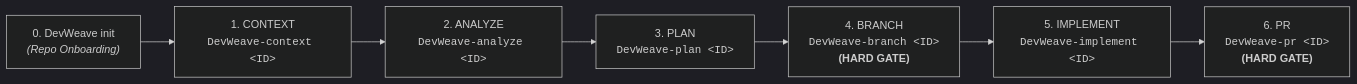
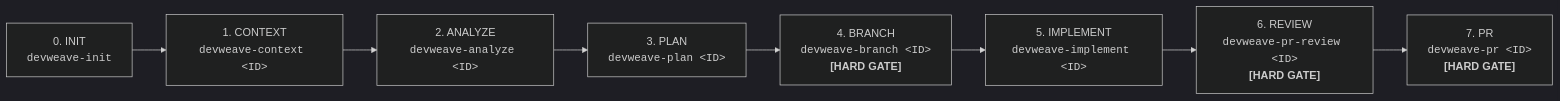
The diagram in docs/lifecycle.md (paarthivnaik/DevWeave), drawn with Mermaid (dark theme) before and after one commit. The commit also changed other lines of this file and 5 other files, not shown here.

Commit message:
feat(skills): introduce dedicated devweave-pr-review command with dual-model review and HITL checkpoint before PR creation

````diff
--- a/docs/lifecycle.md
+++ b/docs/lifecycle.md
@@ -11,9 +11,10 @@
 ```mermaid
 flowchart LR
-    INIT["0. DevWeave init<br><i>(Repo Onboarding)</i>"] --> P1["1. CONTEXT<br><code>DevWeave-context &lt;ID&gt;</code>"]
-    P1 --> P2["2. ANALYZE<br><code>DevWeave-analyze &lt;ID&gt;</code>"]
-    P2 --> P3["3. PLAN<br><code>DevWeave-plan &lt;ID&gt;</code>"]
-    P3 --> P4["4. BRANCH<br><code>DevWeave-branch &lt;ID&gt;</code><br><b>(HARD GATE)</b>"]
-    P4 --> P5["5. IMPLEMENT<br><code>DevWeave-implement &lt;ID&gt;</code>"]
-    P5 --> P6["6. PR<br><code>DevWeave-pr &lt;ID&gt;</code><br><b>(HARD GATE)</b>"]
+    INIT["0. INIT<br><code>devweave-init</code>"] --> P1["1. CONTEXT<br><code>devweave-context &lt;ID&gt;</code>"]
+    P1 --> P2["2. ANALYZE<br><code>devweave-analyze &lt;ID&gt;</code>"]
+    P2 --> P3["3. PLAN<br><code>devweave-plan &lt;ID&gt;</code>"]
+    P3 --> P4["4. BRANCH<br><code>devweave-branch &lt;ID&gt;</code><br><b>[HARD GATE]</b>"]
+    P4 --> P5["5. IMPLEMENT<br><code>devweave-implement &lt;ID&gt;</code>"]
+    P5 --> P6["6. REVIEW<br><code>devweave-pr-review &lt;ID&gt;</code><br><b>[HARD GATE]</b>"]
+    P6 --> P7["7. PR<br><code>devweave-pr &lt;ID&gt;</code><br><b>[HARD GATE]</b>"]
 ```
````
